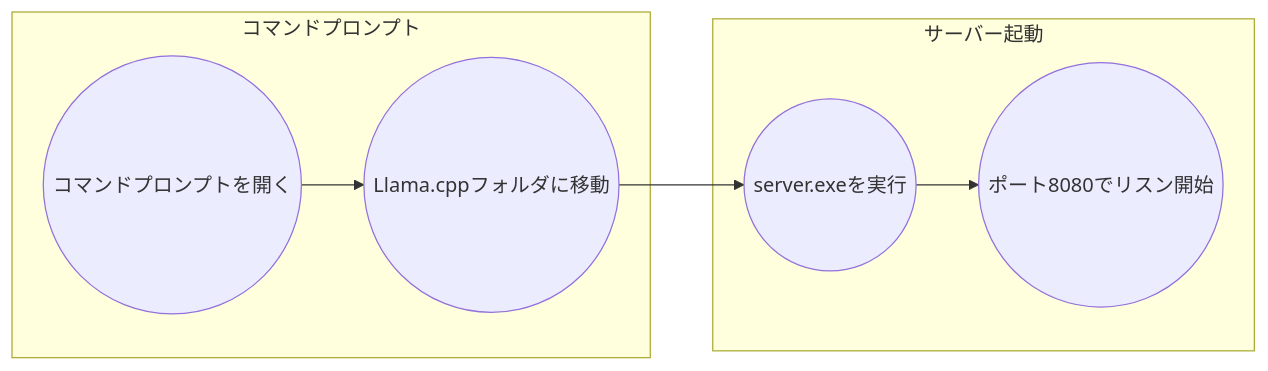
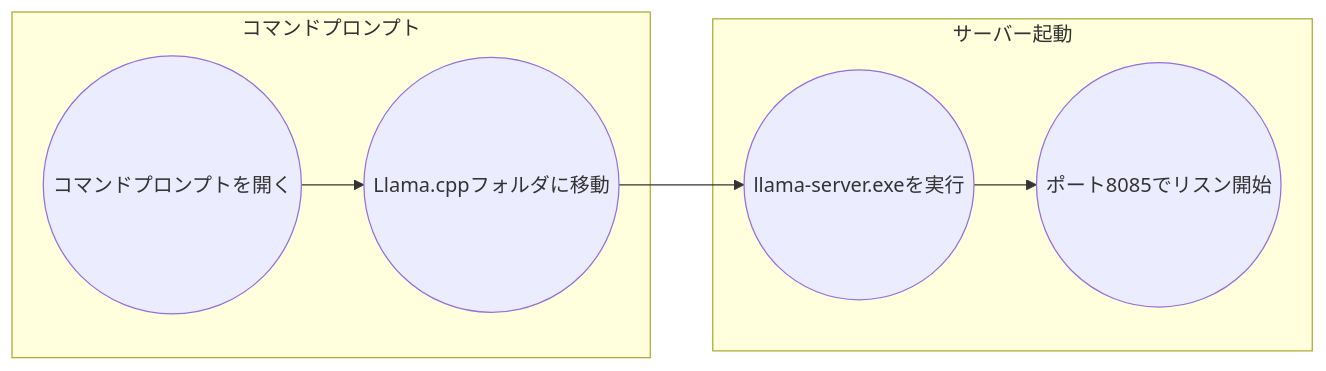
Before and after one commit to SparklingDetergent/doc_genai_Run_local_LLM_with_Llama.cpp_and_Phi-3_mini: the third of 4 diagrams in README.md, drawn with Mermaid. The commit also changed other lines of this file, not shown here.

````diff
--- a/README.md
+++ b/README.md
@@ -56,12 +56,12 @@
 ```mermaid
 graph LR
     subgraph コマンドプロンプト
         A((コマンドプロンプトを開く)) --> B((Llama.cppフォルダに移動))
     end
 
     subgraph サーバー起動
-        B --> C((server.exeを実行))
-        C --> D((ポート8080でリスン開始))
+        B --> C((llama-server.exeを実行))
+        C --> D((ポート8085でリスン開始))
     end
 
 ```
````
